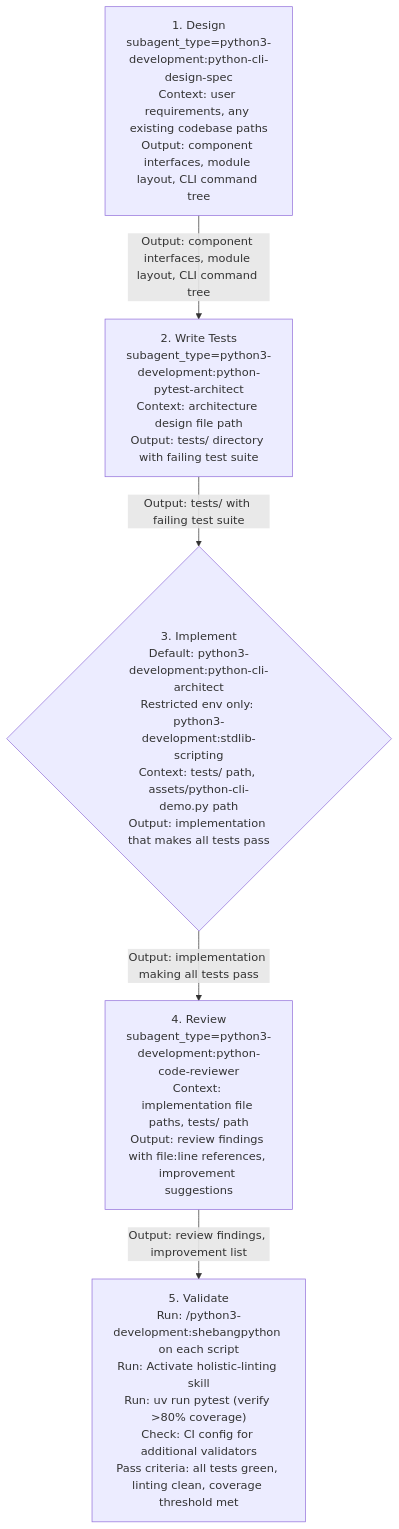
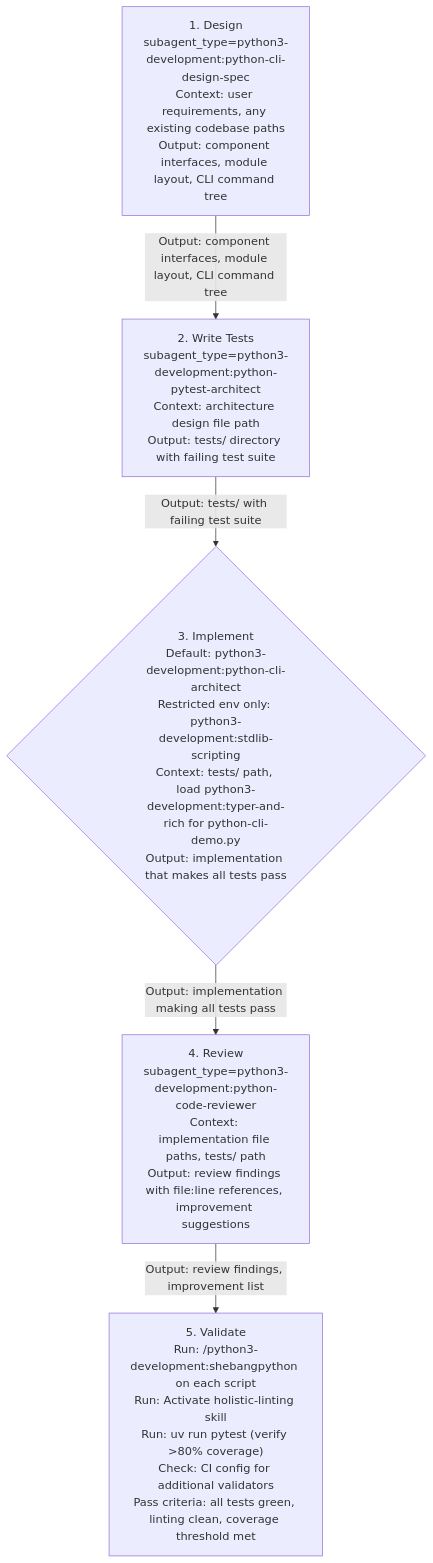
The first of 6 diagrams in plugins/python3-development/skills/python3-development/references/python-development-orchestration.md (chgreer1070/claude_skills), drawn with Mermaid before and after one commit. The commit also changed other lines of this file and 53 other files, not shown here.

First line of the commit message:
refactor(python3-development): create modular typer, rich, textual skills

````diff
--- a/plugins/python3-development/skills/python3-development/references/python-development-orchestration.md
+++ b/plugins/python3-development/skills/python3-development/references/python-development-orchestration.md
@@ -52,12 +52,12 @@
 ```mermaid
 flowchart TD
     S1["1. Design<br>subagent_type=python3-development:python-cli-design-spec<br>Context: user requirements, any existing codebase paths<br>Output: component interfaces, module layout, CLI command tree"]
     S2["2. Write Tests<br>subagent_type=python3-development:python-pytest-architect<br>Context: architecture design file path<br>Output: tests/ directory with failing test suite"]
-    S3{"3. Implement<br>Default: python3-development:python-cli-architect<br>Restricted env only: python3-development:stdlib-scripting<br>Context: tests/ path, assets/python-cli-demo.py path<br>Output: implementation that makes all tests pass"}
+    S3{"3. Implement<br>Default: python3-development:python-cli-architect<br>Restricted env only: python3-development:stdlib-scripting<br>Context: tests/ path, load python3-development:typer-and-rich for python-cli-demo.py<br>Output: implementation that makes all tests pass"}
     S4["4. Review<br>subagent_type=python3-development:python-code-reviewer<br>Context: implementation file paths, tests/ path<br>Output: review findings with file:line references, improvement suggestions"]
     S5["5. Validate<br>Run: /python3-development:shebangpython on each script<br>Run: Activate holistic-linting skill<br>Run: uv run pytest (verify >80% coverage)<br>Check: CI config for additional validators<br>Pass criteria: all tests green, linting clean, coverage threshold met"]
     S1 -->|"Output: component interfaces, module layout, CLI command tree"| S2
     S2 -->|"Output: tests/ with failing test suite"| S3
     S3 -->|"Output: implementation making all tests pass"| S4
     S4 -->|"Output: review findings, improvement list"| S5
 ```
````
